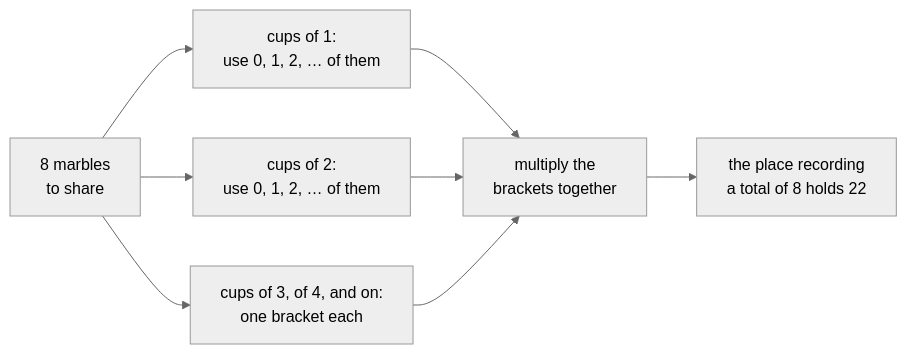
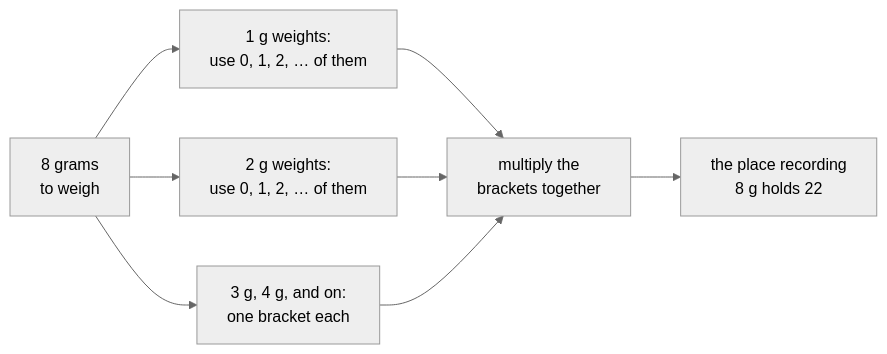
Before and after one commit to wappy-x/Mathematics: the diagram in Cards/04-Combinatorics and graphs/08-Partitions/02-partitions-generating-function.md, drawn with Mermaid (neutral theme). The commit also changed other lines of this file and 14 other files, not shown here.

````diff
--- a/Cards/04-Combinatorics and graphs/08-Partitions/02-partitions-generating-function.md
+++ b/Cards/04-Combinatorics and graphs/08-Partitions/02-partitions-generating-function.md
@@ -23,10 +23,10 @@
 ```mermaid
 flowchart LR
-    S["8 marbles<br/>to share"] --> A["cups of 1:<br/>use 0, 1, 2, … of them"]
-    S --> B["cups of 2:<br/>use 0, 1, 2, … of them"]
-    S --> C["cups of 3, of 4, and on:<br/>one bracket each"]
+    S["8 grams<br/>to weigh"] --> A["1 g weights:<br/>use 0, 1, 2, … of them"]
+    S --> B["2 g weights:<br/>use 0, 1, 2, … of them"]
+    S --> C["3 g, 4 g, and on:<br/>one bracket each"]
     A --> M["multiply the<br/>brackets together"]
     B --> M
     C --> M
-    M --> R["the place recording<br/>a total of 8 holds 22"]
+    M --> R["the place recording<br/>8 g holds 22"]
 ```
````
